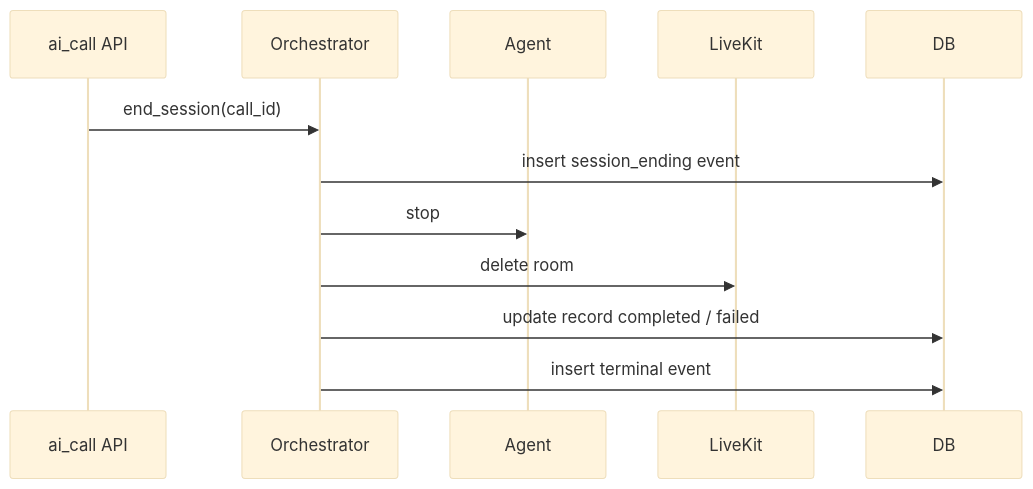
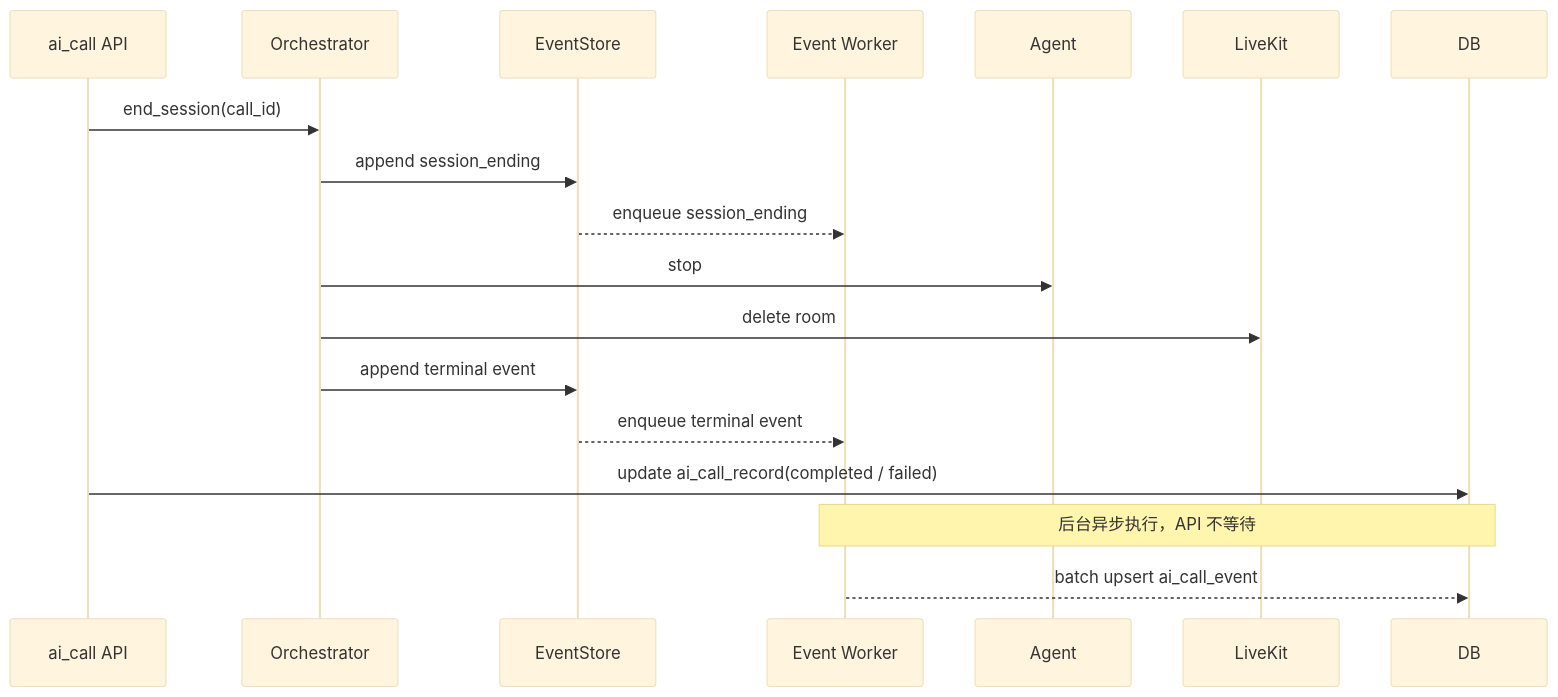
One commit to tianzhenkun/ai-call changed the second of 2 diagrams in docs/livekit-ai-outbound/phases/phase-b1-record-query-design.md. Above: the diagram before and after it, drawn with Mermaid (base theme). The commit also changed other lines of this file and 118 other files, not shown here.

````diff
--- a/docs/livekit-ai-outbound/phases/phase-b1-record-query-design.md
+++ b/docs/livekit-ai-outbound/phases/phase-b1-record-query-design.md
@@ -558,15 +573,21 @@
 ```mermaid
 sequenceDiagram
   participant API as ai_call API
   participant O as Orchestrator
+  participant ES as EventStore
+  participant W as Event Worker
   participant A as Agent
   participant LK as LiveKit
   participant DB as DB
 
   API->>O: end_session(call_id)
-  O->>DB: insert session_ending event
+  O->>ES: append session_ending
+  ES-->>W: enqueue session_ending
   O->>A: stop
   O->>LK: delete room
-  O->>DB: update record completed / failed
-  O->>DB: insert terminal event
+  O->>ES: append terminal event
+  ES-->>W: enqueue terminal event
+  API->>DB: update ai_call_record(completed / failed)
+  Note over W,DB: 后台异步执行，API 不等待
+  W-->>DB: batch upsert ai_call_event
 ```
````
